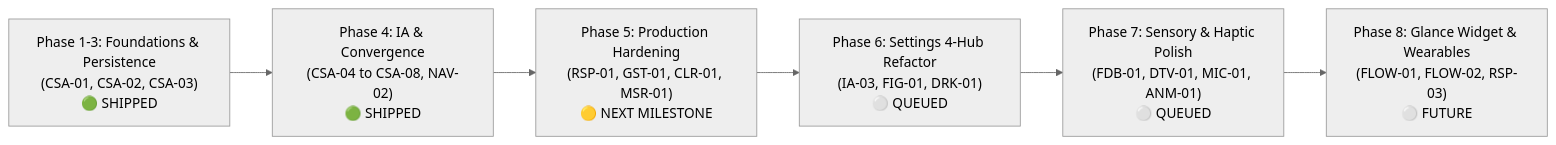
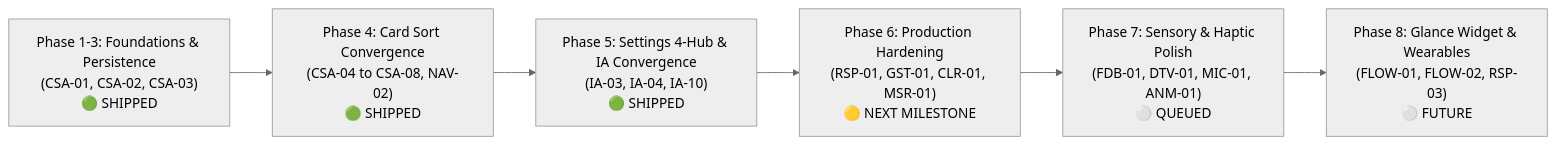
One commit to Akashdeepsahu12/CoupleFit changed the diagram in Documentation/triage.md. Above: the diagram before and after it, drawn with Mermaid (neutral theme). The commit also changed other lines of this file and 12 other files, not shown here.

Commit message:
feat(settings): complete IA settings 4-hub convergence and test harness (IA-03, IA-04, IA-10)

````diff
--- a/Documentation/triage.md
+++ b/Documentation/triage.md
@@ -124,8 +127,8 @@
 ```mermaid
 flowchart LR
-    M1["Phase 1-3: Foundations & Persistence<br/>(CSA-01, CSA-02, CSA-03)<br/>🟢 SHIPPED"] --> M2["Phase 4: IA & Convergence<br/>(CSA-04 to CSA-08, NAV-02)<br/>🟢 SHIPPED"]
-    M2 --> M3["Phase 5: Production Hardening<br/>(RSP-01, GST-01, CLR-01, MSR-01)<br/>🟡 NEXT MILESTONE"]
-    M3 --> M4["Phase 6: Settings 4-Hub Refactor<br/>(IA-03, FIG-01, DRK-01)<br/>⚪ QUEUED"]
+    M1["Phase 1-3: Foundations & Persistence<br/>(CSA-01, CSA-02, CSA-03)<br/>🟢 SHIPPED"] --> M2["Phase 4: Card Sort Convergence<br/>(CSA-04 to CSA-08, NAV-02)<br/>🟢 SHIPPED"]
+    M2 --> M3["Phase 5: Settings 4-Hub & IA Convergence<br/>(IA-03, IA-04, IA-10)<br/>🟢 SHIPPED"]
+    M3 --> M4["Phase 6: Production Hardening<br/>(RSP-01, GST-01, CLR-01, MSR-01)<br/>🟡 NEXT MILESTONE"]
     M4 --> M5["Phase 7: Sensory & Haptic Polish<br/>(FDB-01, DTV-01, MIC-01, ANM-01)<br/>⚪ QUEUED"]
     M5 --> M6["Phase 8: Glance Widget & Wearables<br/>(FLOW-01, FLOW-02, RSP-03)<br/>⚪ FUTURE"]
 ```
````
